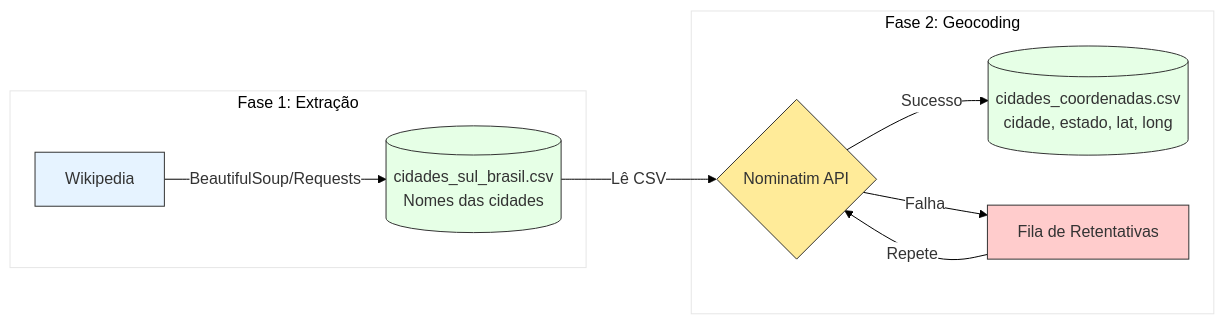
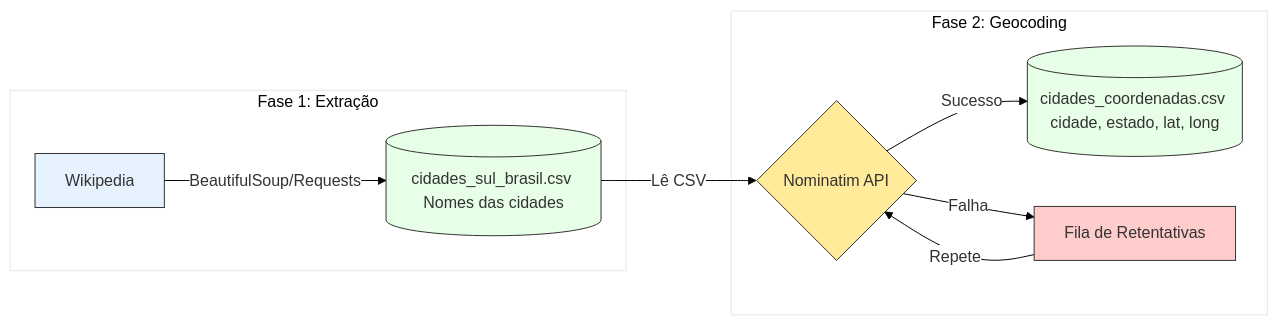
The first of 2 diagrams in README.md (luizcaixeta/case_tecnico_10_pasteis), drawn with Mermaid before and after one commit.

````diff
--- a/README.md
+++ b/README.md
@@ -27,20 +27,20 @@
 ```mermaid
 %%{init: {'theme': 'base', 'themeVariables': { 'primaryColor': '#ffffff', 'background': '#ffffff', 'primaryBorderColor': '#000000', 'lineColor': '#000000'}}}%%
 flowchart LR
     subgraph "Fase 1: Extração"
-        A[Wikipedia] -->|BeautifulSoup/Requests| B[("cidades_sul_brasil.csv"\nNomes das cidades)]
+        A[Wikipedia] -->|BeautifulSoup/Requests| B[("cidades_sul_brasil.csv" Nomes das cidades)]
     end
 
     subgraph "Fase 2: Geocoding"
         B -->|Lê CSV| C{Nominatim API}
-        C -->|Sucesso| D[("cidades_coordenadas.csv"\ncidade, estado, lat, long)]
+        C -->|Sucesso| D[("cidades_coordenadas.csv" cidade, estado, lat, long)]
         C -->|Falha| E[Fila de Retentativas]
         E -->|Repete| C
     end
 
     style A fill:#e6f3ff,stroke:#333
     style B fill:#e6ffe6,stroke:#333
     style C fill:#ffeb99,stroke:#333
     style D fill:#e6ffe6,stroke:#333
     style E fill:#ffcccc,stroke:#333
 ```
````
